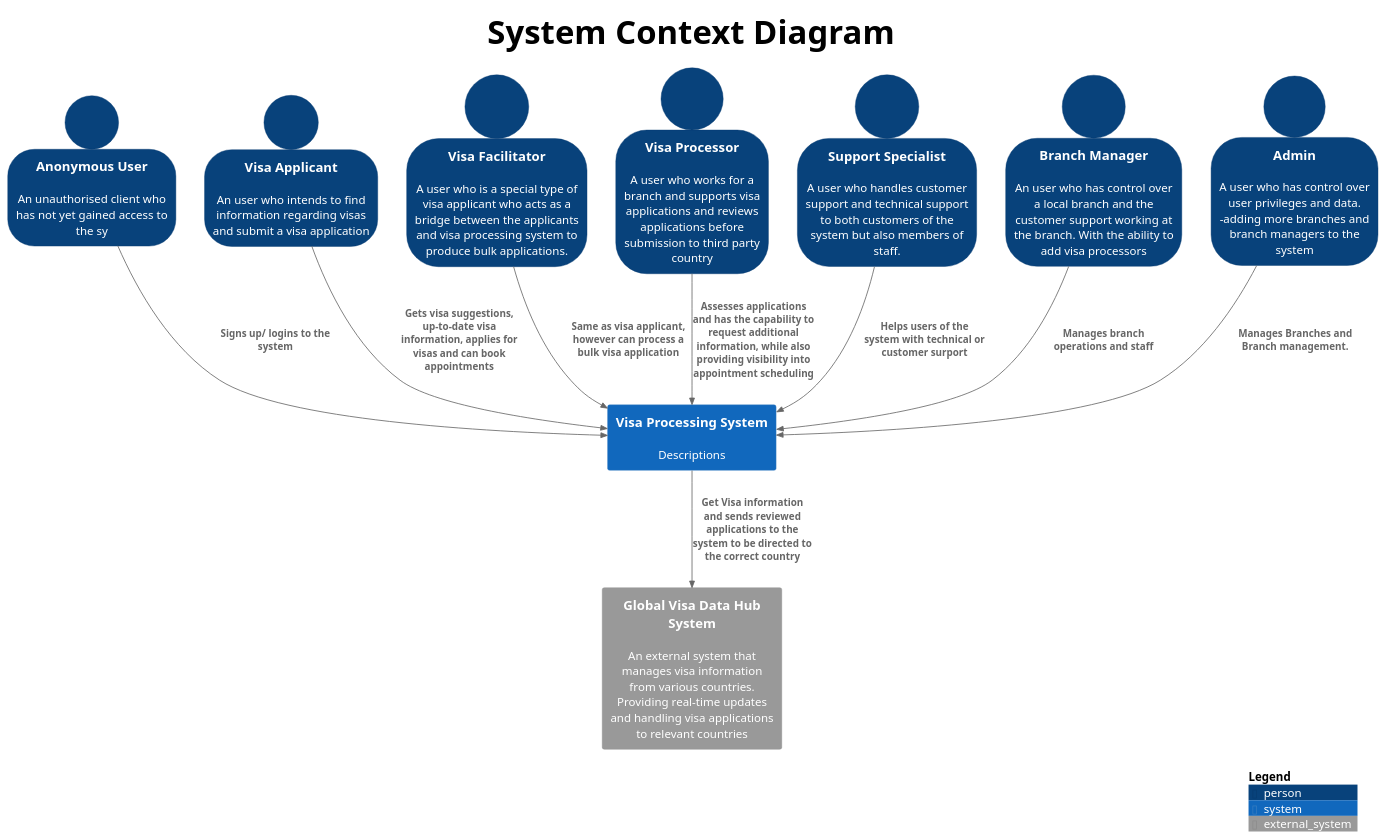
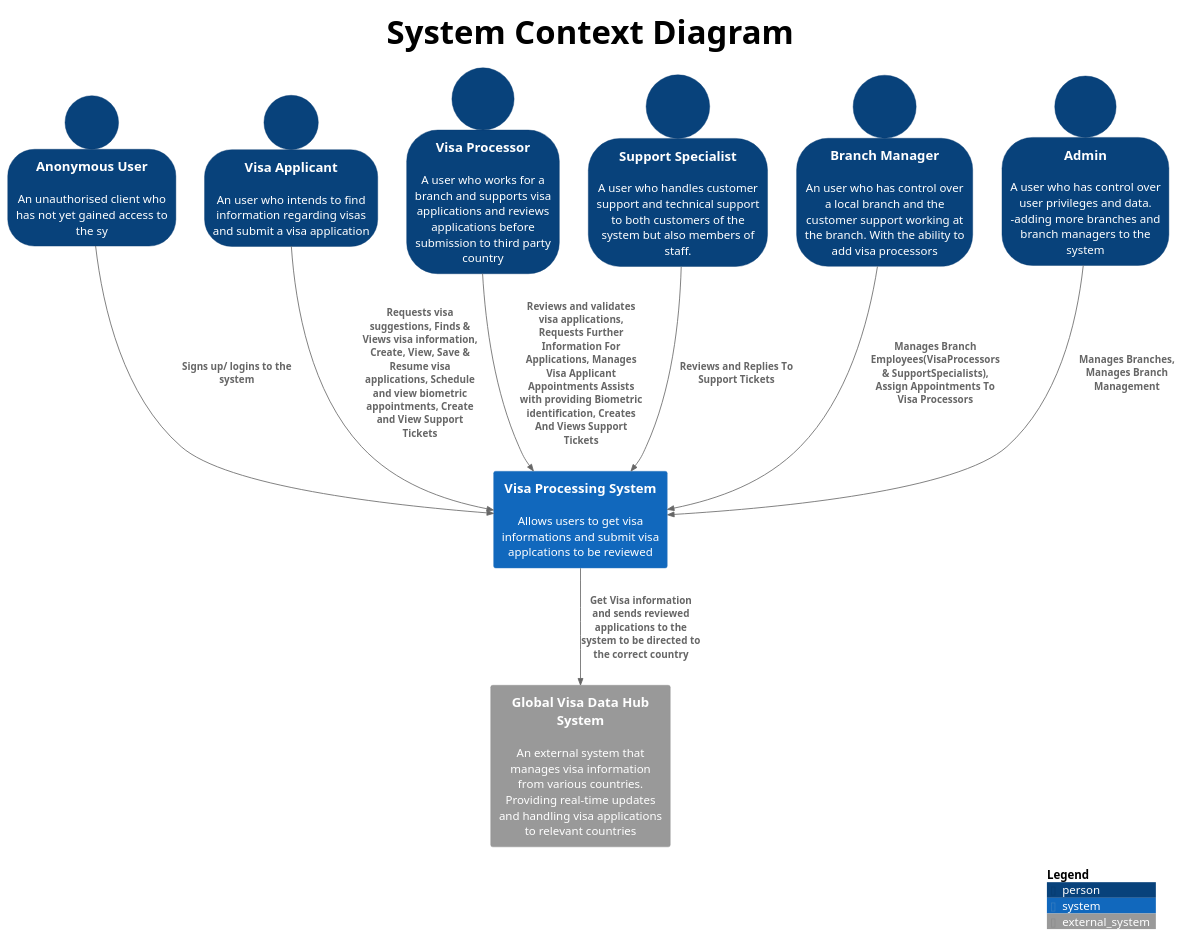
Before and after one commit to kierenadkins/Software-Architecture: the diagram in docs/diagrams/C4/System_Context_Diagram.puml, drawn with PlantUML. The commit also changed 7 other files, not shown here.

```diff
--- a/docs/diagrams/C4/System_Context_Diagram.puml
+++ b/docs/diagrams/C4/System_Context_Diagram.puml
@@ -1,28 +1,25 @@
 @startuml "System Context"
 !include https://raw.githubusercontent.com/plantuml-stdlib/C4-PlantUML/master/C4_Container.puml
 
 SHOW_PERSON_OUTLINE()
 
 title <size:40> System Context Diagram
 Person(anonymousUser, Anonymous User, "An unauthorised client who has not yet gained access to the sy")
 Person(visaApplicant, Visa Applicant, "An user who intends to find information regarding visas and submit a visa application")
-Person(visaFacilitator, Visa Facilitator, "A user who is a special type of visa applicant who acts as a bridge between the applicants and visa processing system to produce bulk applications. ")
-Person(visaProcessor, Visa Processor, "A user who works for a branch and supports visa applications and reviews applications before submission to third party country")
+Person(visaOfficer, Visa Processor, "A user who works for a branch and supports visa applications and reviews applications before submission to third party country")
 Person(supportSpecialist, Support Specialist , "A user who handles customer support and technical support to both customers of the system but also members of staff.")
 Person(branchManager, Branch Manager, "An user who has control over a local branch and the customer support working at the branch. With the ability to add visa processors")
 Person(admin, Admin, "A user who has control over user privileges and data. -adding more branches and branch managers to the system")
-System(processingSystem, "Visa Processing System", "Descriptions")
+System(processingSystem, "Visa Processing System", "Allows users to get visa informations and submit visa applcations to be reviewed")
 System_Ext(globalVisaDataHubSystem, "Global Visa Data Hub System", "An external system that manages visa information from various countries. Providing real-time updates and handling visa applications to relevant countries ")
 
-
 Rel_D(anonymousUser, processingSystem, "Signs up/ logins to the system")
-Rel_D(visaApplicant, processingSystem, "Gets visa suggestions, up-to-date visa information, applies for visas and can book appointments")
-Rel_D(visaFacilitator, processingSystem, "Same as visa applicant, however can process a bulk visa application")
-Rel_D(visaProcessor, processingSystem, "Assesses applications and has the capability to request additional information, while also providing visibility into appointment scheduling")
-Rel_D(supportSpecialist, processingSystem, "Helps users of the system with technical or customer surport")
-Rel_D(branchManager, processingSystem, "Manages branch operations and staff")
-Rel_D(admin, processingSystem, "Manages Branches and Branch management.")
+Rel_D(visaApplicant, processingSystem, "Requests visa suggestions, Finds & Views visa information, Create, View, Save & Resume visa applications, Schedule and view biometric appointments, Create and View Support Tickets")
+Rel_D(visaOfficer, processingSystem, "Reviews and validates visa applications, Requests Further Information For Applications, Manages Visa Applicant Appointments Assists with providing Biometric identification, Creates And Views Support Tickets")
+Rel_D(supportSpecialist, processingSystem, "Reviews and Replies To Support Tickets")
+Rel_D(branchManager, processingSystem, "Manages Branch Employees(VisaProcessors & SupportSpecialists), Assign Appointments To Visa Processors")
+Rel_D(admin, processingSystem, "Manages Branches, Manages Branch Management")
 Rel_D(processingSystem, globalVisaDataHubSystem, "Get Visa information and sends reviewed applications to the system to be directed to the correct country")
 
 SHOW_LEGEND() 
 @enduml
```
